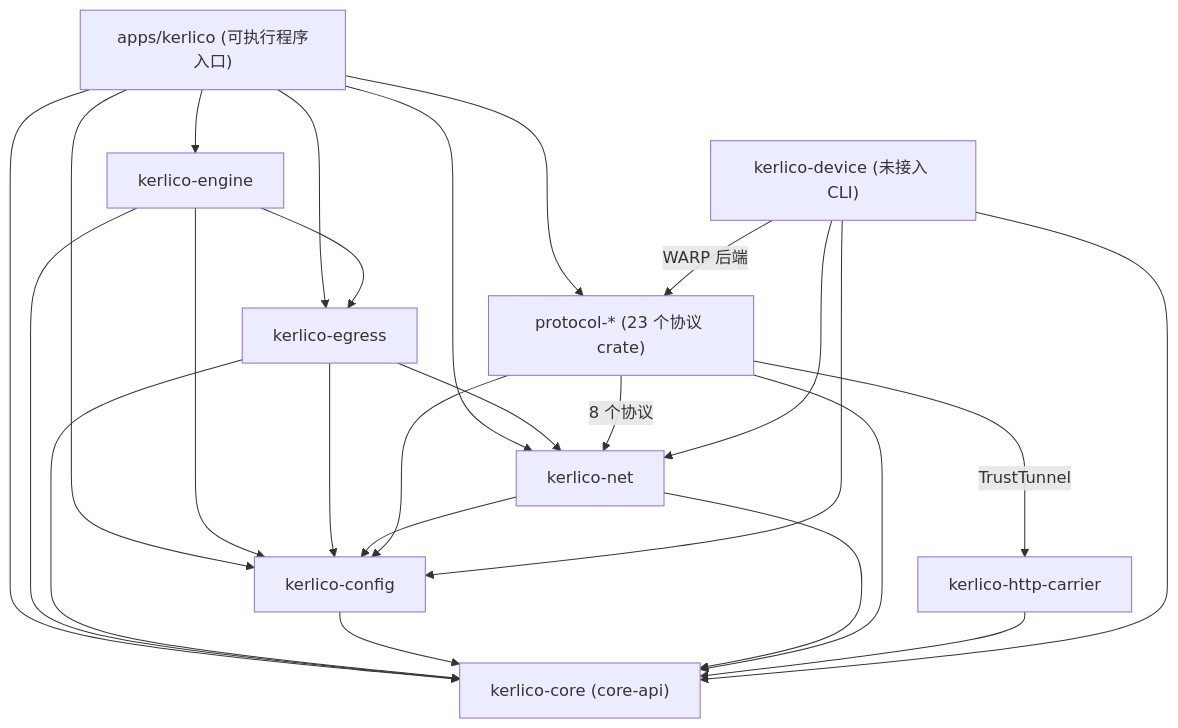
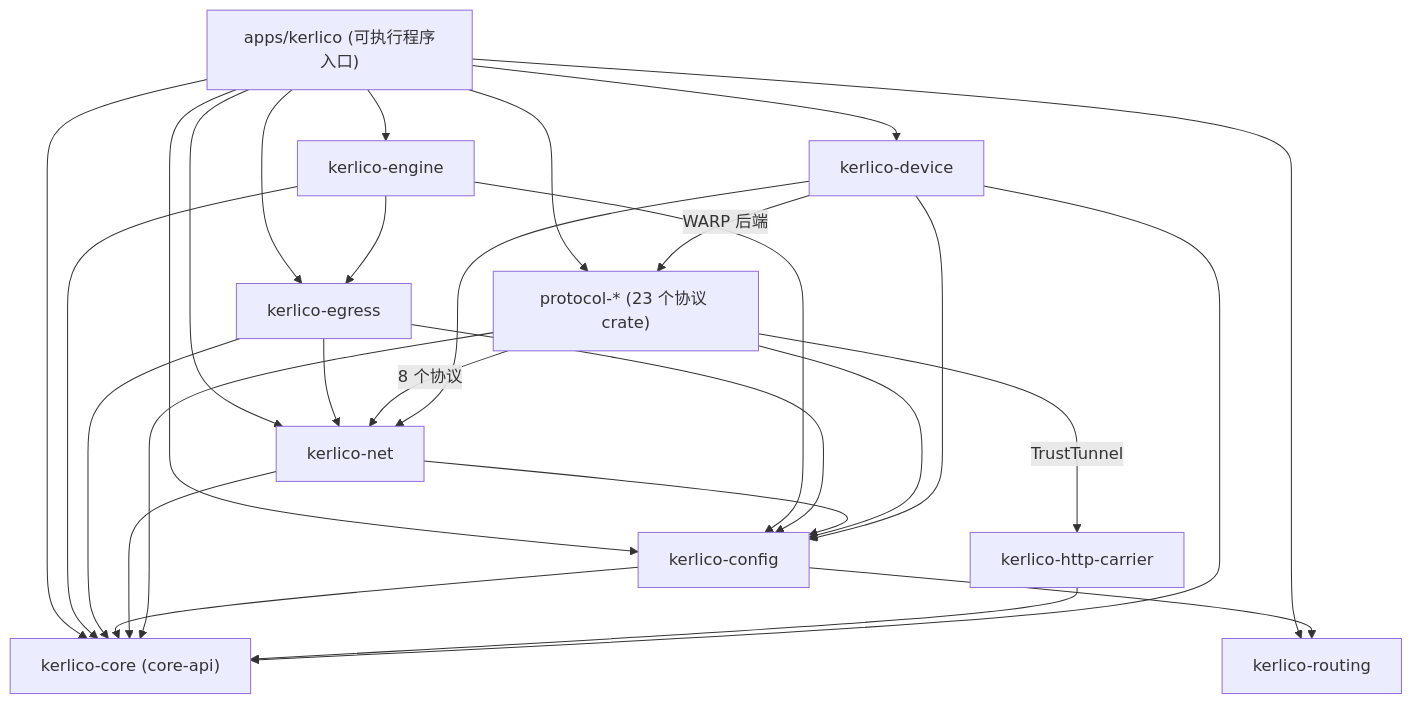
One commit to yuuuki-creation/kerlico changed the diagram in docs/architecture.md. Above: the diagram before and after it, drawn with Mermaid. The commit also changed other lines of this file and 40 other files, not shown here.

````diff
--- a/docs/architecture.md
+++ b/docs/architecture.md
@@ -81,27 +82,30 @@
 ```mermaid
 flowchart TD
     A["apps/kerlico (可执行程序入口)"] --> CFG["kerlico-config"]
     A --> E["kerlico-engine"]
     A --> P["protocol-* (23 个协议 crate)"]
     A --> N["kerlico-net"]
     A --> G["kerlico-egress"]
     A --> I["kerlico-core (core-api)"]
     E --> G
     E --> CFG
     E --> I
     G --> CFG
     G --> N
     G --> I
     CFG --> I
     N --> CFG
     N --> I
     P --> CFG
     P --> I
     P -->|"8 个协议"| N
     P -->|"TrustTunnel"| HC["kerlico-http-carrier"]
     HC --> I
-    D["kerlico-device (未接入 CLI)"] --> N
+    A --> D["kerlico-device"]
+    A --> R["kerlico-routing"]
+    CFG --> R
+    D --> N
     D --> CFG
     D --> I
     D -->|"WARP 后端"| P
 ```
````
